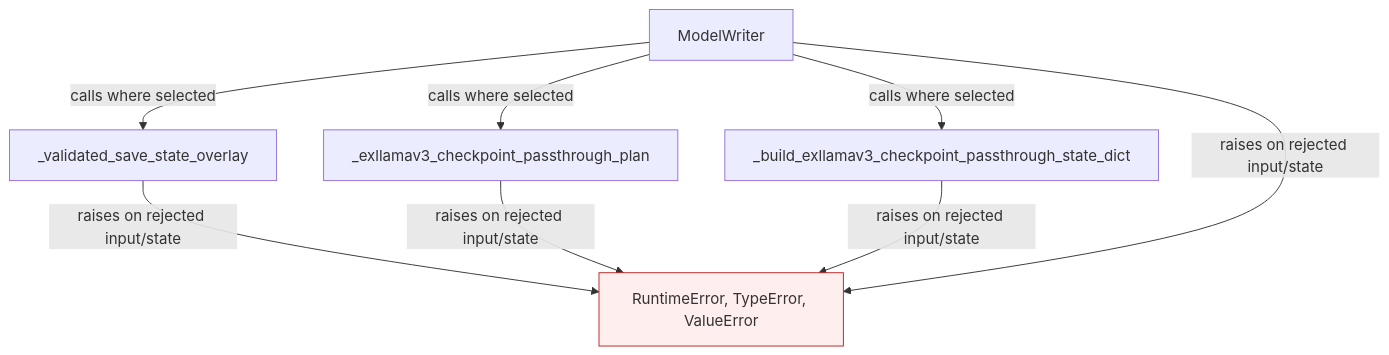
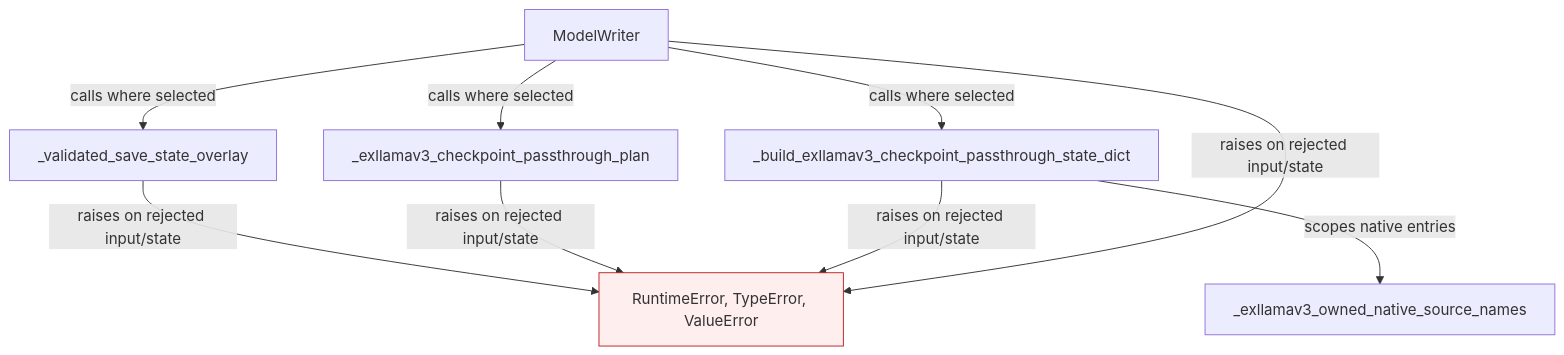
Before and after one commit to ModelCloud/GPTQModel: the diagram in docs/native-checkpoint-export.md, drawn with Mermaid. The commit also changed other lines of this file and 5 other files, not shown here.

````diff
--- a/docs/native-checkpoint-export.md
+++ b/docs/native-checkpoint-export.md
@@ -7,16 +7,18 @@
 ```mermaid
 flowchart TD
     S0["_validated_save_state_overlay"]
     S1["_exllamav3_checkpoint_passthrough_plan"]
     S2["_build_exllamav3_checkpoint_passthrough_state_dict"]
+    S4["_exllamav3_owned_native_source_names"]
     S3["ModelWriter"]
     E["RuntimeError, TypeError, ValueError"]
     S0 -->|"raises on rejected input/state"| E
     S1 -->|"raises on rejected input/state"| E
     S2 -->|"raises on rejected input/state"| E
+    S2 -->|"scopes native entries"| S4
     S3 -->|"calls where selected"| S0
     S3 -->|"calls where selected"| S1
     S3 -->|"calls where selected"| S2
     S3 -->|"raises on rejected input/state"| E
     style E fill:#fee,stroke:#b22
 ```
````
